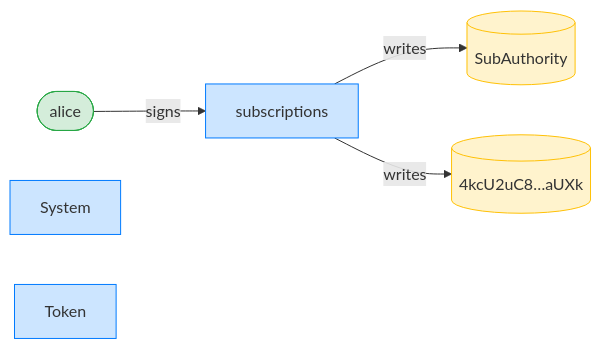
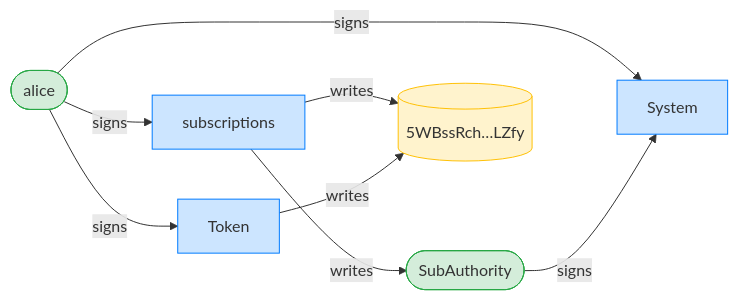
The third of 4 diagrams in dsl_tests/sentinel-start-rejects-an-already-elapsed-expiry.md (cds-rs/subscriptions), drawn with Mermaid before and after one commit. The commit also changed other lines of this file and 224 other files, not shown here.

````diff
--- a/dsl_tests/sentinel-start-rejects-an-already-elapsed-expiry.md
+++ b/dsl_tests/sentinel-start-rejects-an-already-elapsed-expiry.md
@@ -55,15 +56,19 @@
 ```mermaid
 flowchart LR
     classDef signer fill:#d4edda,stroke:#28a745;
     classDef program fill:#cce5ff,stroke:#007bff;
     classDef writable fill:#fff3cd,stroke:#ffc107;
     subscriptions[subscriptions]:::program
     alice([alice]):::signer
-    SubAuthority[(SubAuthority)]:::writable
-    4kcU2uC8_aUXk[("4kcU2uC8…aUXk")]:::writable
+    SubAuthority([SubAuthority]):::signer
+    5WBssRch_LZfy[("5WBssRch…LZfy")]:::writable
     System[System]:::program
     Token[Token]:::program
     alice -->|signs| subscriptions
+    alice -->|signs| System
+    SubAuthority -->|signs| System
+    alice -->|signs| Token
     subscriptions -->|writes| SubAuthority
-    subscriptions -->|writes| 4kcU2uC8_aUXk
+    subscriptions -->|writes| 5WBssRch_LZfy
+    Token -->|writes| 5WBssRch_LZfy
 ```
````
